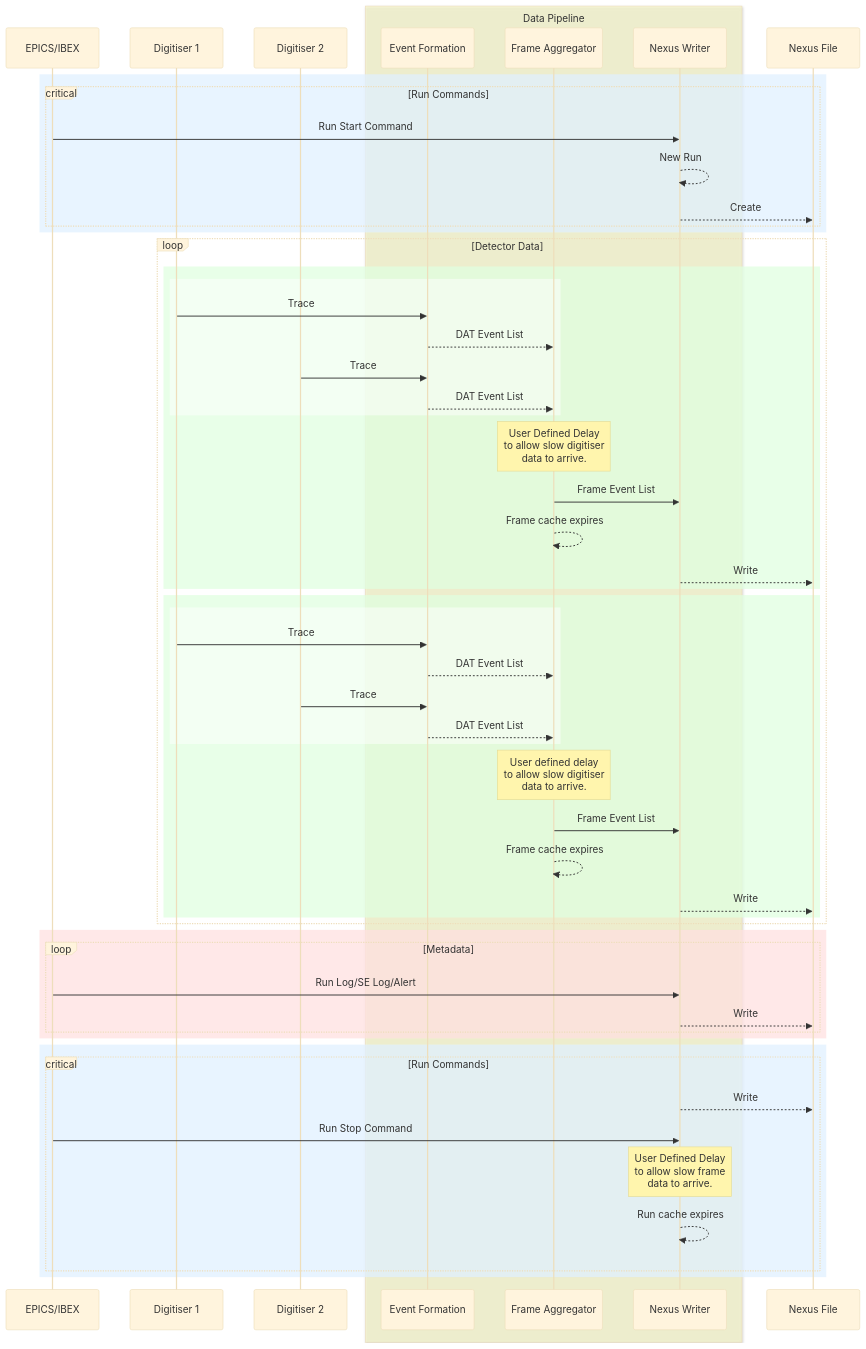
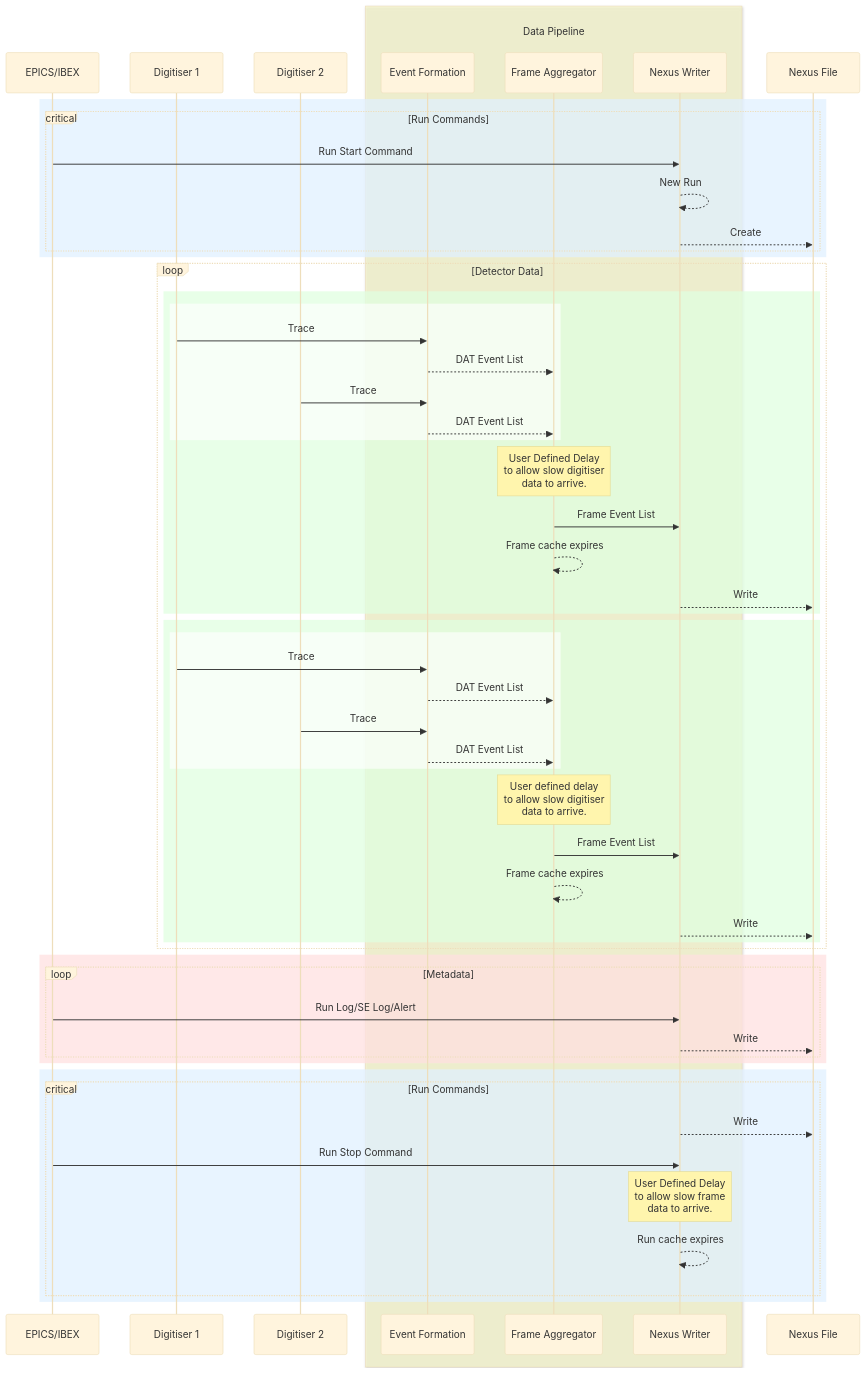
Before and after one commit to Modularius/supermusr-data-pipeline: the diagram in docs/dataflow.md, drawn with Mermaid (base theme). The commit also changed other lines of this file, not shown here.

````diff
--- a/docs/dataflow.md
+++ b/docs/dataflow.md
@@ -2,63 +8,63 @@
 ```mermaid
 sequenceDiagram
 participant C as EPICS/IBEX
 participant T1 as Digitiser 1
 participant T2 as Digitiser 2
-box rgba(255,255,192,.5) Data Pipeline
+box rgba(255,255,192,.5) <br/>Data Pipeline<br/>
     participant E as Event Formation
     participant A as Frame Aggregator
     participant W as Nexus Writer
 end
 participant X as Nexus File
 
 rect rgba(224,240,255,0.75)
     critical Run Commands
         C ->> W: Run Start Command
         W -->> W: New Run
         W -->> X: Create
     end
 end
 
 loop Detector Data
     rect rgba(224,255,224,.75)
-        rect rgba(255,255,255,0.5)
+        rect rgba(255,255,255,0.65)
             T1 ->> E: Trace
             E -->> A: DAT Event List
             T2 ->> E: Trace
             E -->> A: DAT Event List
         end
         note over A: User Defined Delay<br/>to allow slow digitiser<br/>data to arrive.
         A ->> W: Frame Event List
         A -->> A: Frame cache expires
         W -->> X: Write
     end
     rect rgba(224,255,224,.75)
-        rect rgba(255,255,255,0.5)
+        rect rgba(255,255,255,0.65)
             T1 ->> E: Trace
             E -->> A: DAT Event List
             T2 ->> E: Trace
             E -->> A: DAT Event List
         end
         note over A: User defined delay<br/>to allow slow digitiser<br/>data to arrive.
         A ->> W: Frame Event List
         A -->> A: Frame cache expires
         W -->> X: Write
     end
 end
 
 rect rgba(256,224,224,.75)
     loop Metadata
         C ->> W: Run Log/SE Log/Alert
         W -->> X: Write
     end
 end
 
 rect rgba(224,240,255,0.75)
     critical Run Commands
         W -->> X: Write
         C ->> W: Run Stop Command
         note over W: User Defined Delay<br/>to allow slow frame<br/>data to arrive.
         W -->> W: Run cache expires
     end
 end
 ```
````
